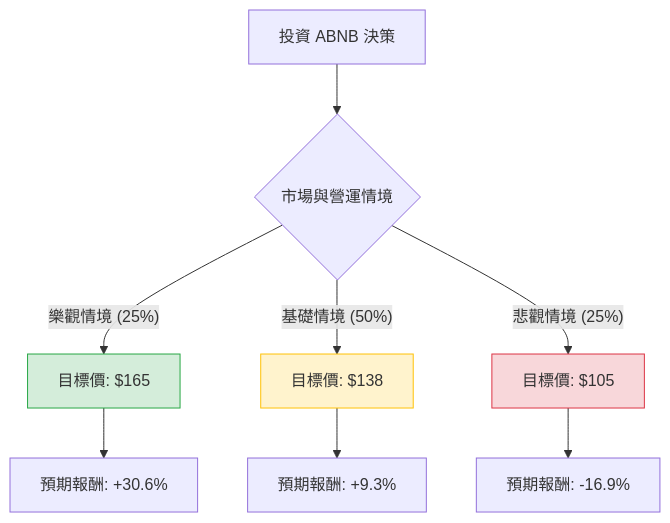
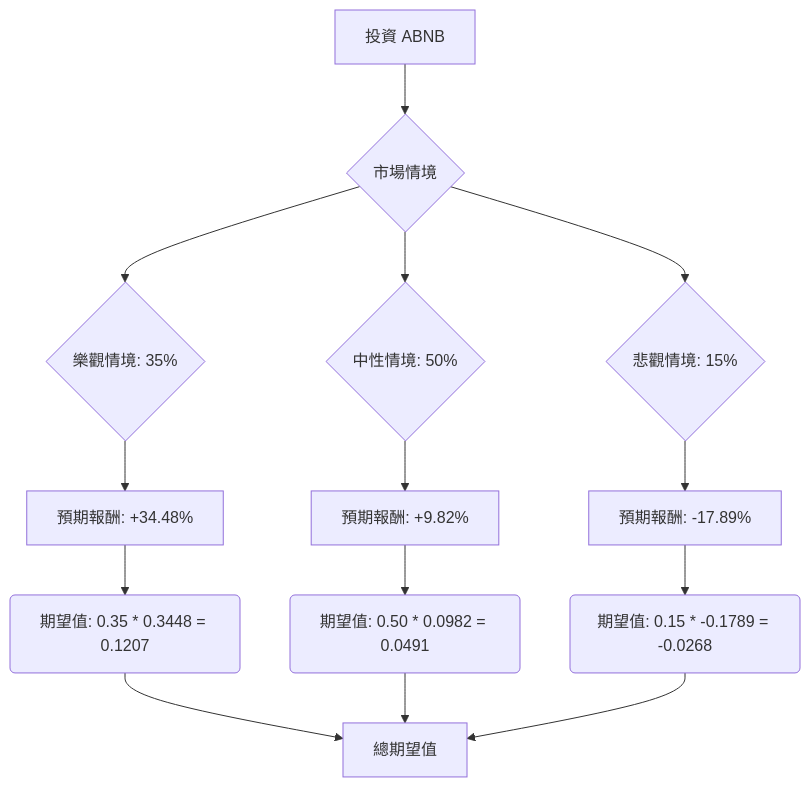
Before and after one commit to zmcx16/zmcx16.github.io: the diagram in plugin-react/ai-analysis/ev-analysis/ABNB.md, drawn with Mermaid. The commit also changed other lines of this file and 81 other files, not shown here.

````diff
--- a/plugin-react/ai-analysis/ev-analysis/ABNB.md
+++ b/plugin-react/ai-analysis/ev-analysis/ABNB.md
@@ -19,16 +46,18 @@
 ```mermaid
 graph TD
-    A[投資 ABNB 決策] --> B{市場與營運情境}
-    
-    B -- 樂觀情境 (25%) --> C[目標價: $165]
-    B -- 基礎情境 (50%) --> D[目標價: $138]
-    B -- 悲觀情境 (25%) --> E[目標價: $105]
+    A[投資 ABNB] --> B{市場情境}
 
-    C --> C1[預期報酬: +30.6%]
-    D --> D1[預期報酬: +9.3%]
-    E --> E1[預期報酬: -16.9%]
-    
-    style C fill:#d4edda,stroke:#28a745
-    style D fill:#fff3cd,stroke:#ffc107
-    style E fill:#f8d7da,stroke:#dc3545
+    B --> C{樂觀情境: 35%}
+    C --> C1[預期報酬: +34.48%]
+    C1 --> C2(期望值: 0.35 * 0.3448 = 0.1207)
+
+    B --> D{中性情境: 50%}
+    D --> D1[預期報酬: +9.82%]
+    D1 --> D2(期望值: 0.50 * 0.0982 = 0.0491)
+
+    B --> E{悲觀情境: 15%}
+    E --> E1[預期報酬: -17.89%]
+    E1 --> E2(期望值: 0.15 * -0.1789 = -0.0268)
+
+    C2 & D2 & E2 --> F[總期望值]
 ```
````
